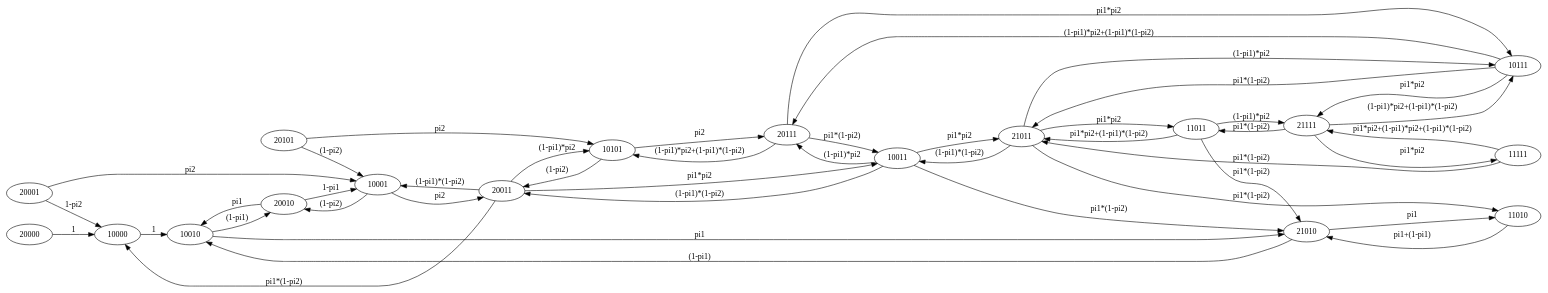
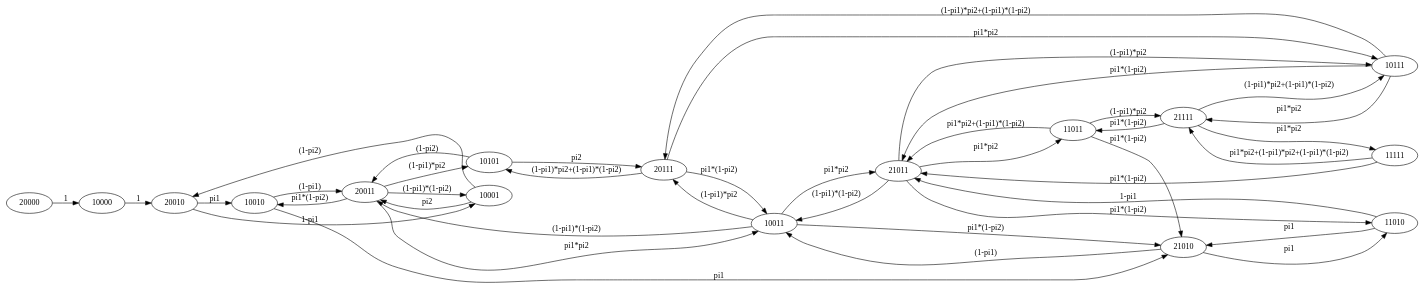
One commit to valexby/MOD changed the diagram in 3/state_diagram.dot. Above: the diagram before and after it, drawn with Graphviz. The commit also changed 4 other files, not shown here.

```diff
--- a/3/state_diagram.dot
+++ b/3/state_diagram.dot
@@ -1,67 +1,62 @@
 digraph {
 
 rankdir=LR;
 splines=true;
 overlap=false;
 
     20000 -> 10000[label="1"];
     
-    10000 -> 10010[label="1"];
+    10000 -> 20010[label="1"];
     
-    20001 -> 10001[label="pi2"];
-    20001 -> 10000[label="1-pi2"];
-
     20010 -> 10010[label="pi1"];
     20010 -> 10001[label="1-pi1"];
 
     20011 -> 10011[label="pi1*pi2"];
     20011 -> 10101[label="(1-pi1)*pi2"];
-    20011 -> 10000[label="pi1*(1-pi2)"];
+    20011 -> 10010[label="pi1*(1-pi2)"];
     20011 -> 10001[label="(1-pi1)*(1-pi2)"];
-
-    20101 -> 10101[label="pi2"];
-    20101 -> 10001[label="(1-pi2)"];
 
     20111 -> 10111[label="pi1*pi2"];
     20111 -> 10101[label="(1-pi1)*pi2+(1-pi1)*(1-pi2)"];
     20111 -> 10011[label="pi1*(1-pi2)"];
 
     21010 -> 11010[label="pi1"];
-    21010 -> 10010[label="(1-pi1)"];    
+    21010 -> 10011[label="(1-pi1)"];    
 
     21011 -> 11011[label="pi1*pi2"];
     21011 -> 10111[label="(1-pi1)*pi2"];
     21011 -> 11010[label="pi1*(1-pi2)"];
     21011 -> 10011[label="(1-pi1)*(1-pi2)"];
 
     21111 -> 11111[label="pi1*pi2"];
     21111 -> 10111[label="(1-pi1)*pi2+(1-pi1)*(1-pi2)"];
     21111 -> 11011[label="pi1*(1-pi2)"];
      
     10001 -> 20011[label="pi2"];
     10001 -> 20010[label="(1-pi2)"];
 
     10010 -> 21010[label="pi1"];
-    10010 -> 20010[label="(1-pi1)"];
+    10010 -> 20011[label="(1-pi1)"];
 
     10011 -> 21011[label="pi1*pi2"];
     10011 -> 20111[label="(1-pi1)*pi2"];
     10011 -> 21010[label="pi1*(1-pi2)"];
     10011 -> 20011[label="(1-pi1)*(1-pi2)"];
 
     10101 -> 20111[label="pi2"];
     10101 -> 20011[label="(1-pi2)"];
 
     10111 -> 21111[label="pi1*pi2"];
     10111 -> 20111[label="(1-pi1)*pi2+(1-pi1)*(1-pi2)"];
     10111 -> 21011[label="pi1*(1-pi2)"];
     
-    11010 -> 21010[label="pi1+(1-pi1)"];
+    11010 -> 21010[label="pi1"];
+    11010 -> 21011[label="1-pi1"];
 
     11011 -> 21011[label="pi1*pi2+(1-pi1)*(1-pi2)"];
     11011 -> 21111[label="(1-pi1)*pi2"];
     11011 -> 21010[label="pi1*(1-pi2)"];
 
     11111 -> 21111[label="pi1*pi2+(1-pi1)*pi2+(1-pi1)*(1-pi2)"];
     11111 -> 21011[label="pi1*(1-pi2)"];
 }
```
